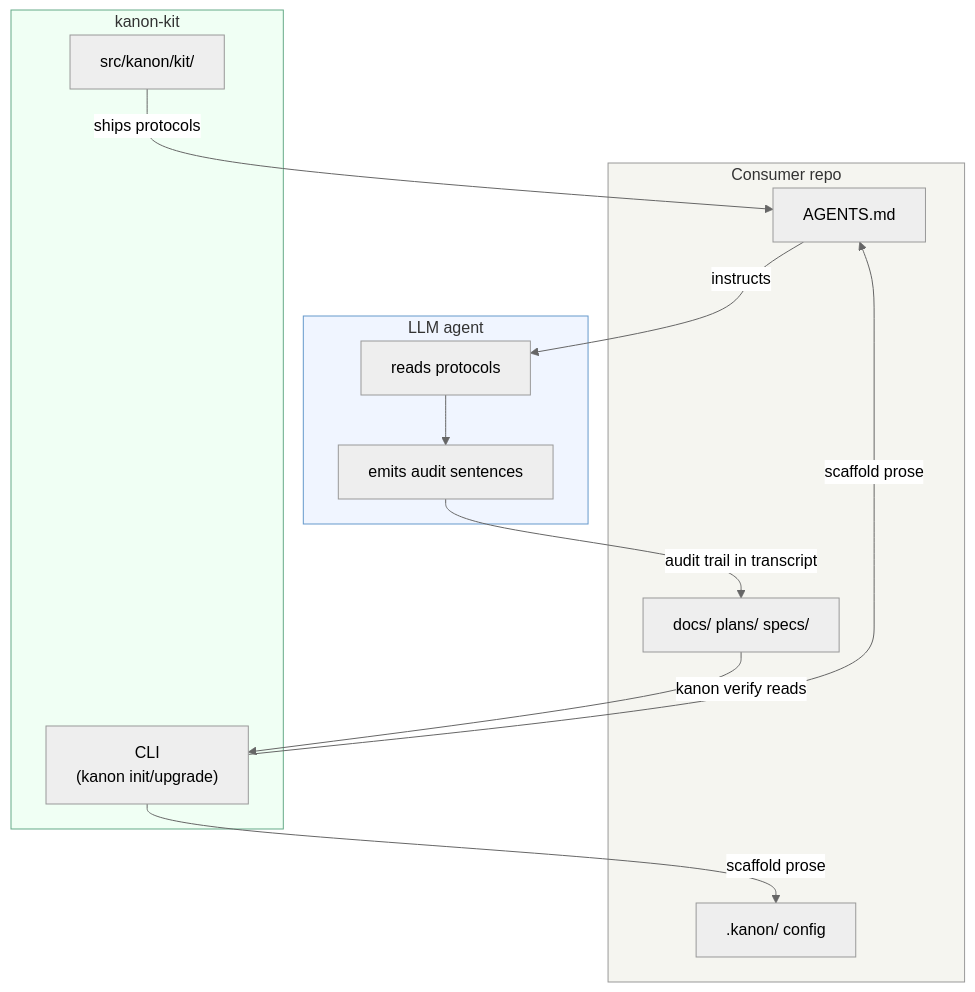
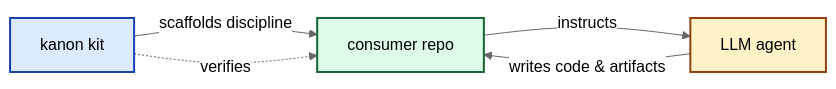
The first of 5 diagrams in docs/contributing.md (altakleos/kanon), drawn with Mermaid (neutral theme) before and after one commit. The commit also changed other lines of this file and 1 other file, not shown here.

````diff
--- a/docs/contributing.md
+++ b/docs/contributing.md
@@ -9,26 +9,15 @@
 ```mermaid
-flowchart TB
-    subgraph consumer["Consumer repo"]
-        AM["AGENTS.md"]
-        KC[".kanon/ config"]
-        DD["docs/ plans/ specs/"]
-    end
-    subgraph agent["LLM agent"]
-        RP["reads protocols"]
-        EA["emits audit sentences"]
-    end
-    subgraph kit["kanon-kit"]
-        CLI["CLI<br/>(kanon init/upgrade)"]
-        SRC["src/kanon/kit/"]
-    end
-    CLI -->|"scaffold prose"| AM
-    CLI -->|"scaffold prose"| KC
-    AM -->|"instructs"| RP
-    RP --> EA
-    EA -->|"audit trail in transcript"| DD
-    DD -->|"kanon verify reads"| CLI
-    SRC -->|"ships protocols"| AM
-    style consumer fill:#f5f5f0,stroke:#999
-    style agent fill:#f0f5ff,stroke:#6699cc
-    style kit fill:#f0fff4,stroke:#66aa88
+flowchart LR
+    KIT["kanon kit"]
+    REPO["consumer repo"]
+    AGENT["LLM agent"]
+
+    KIT -->|"scaffolds discipline"| REPO
+    REPO -->|"instructs"| AGENT
+    AGENT -->|"writes code &amp; artifacts"| REPO
+    KIT -.->|"verifies"| REPO
+
+    style KIT fill:#dbeafe,stroke:#1e40af,stroke-width:2px
+    style REPO fill:#dcfce7,stroke:#166534,stroke-width:2px
+    style AGENT fill:#fef3c7,stroke:#92400e,stroke-width:2px
 ```
````
